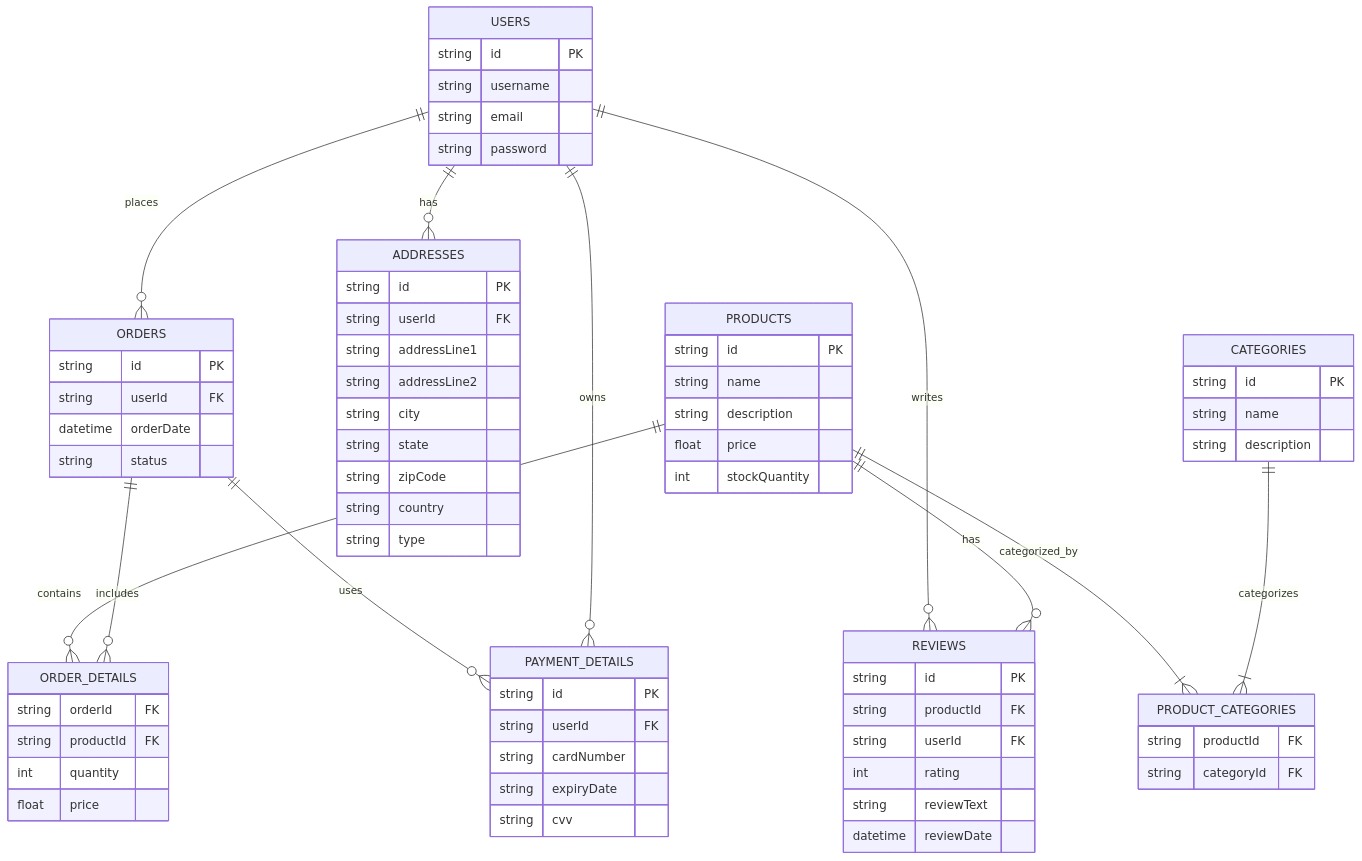
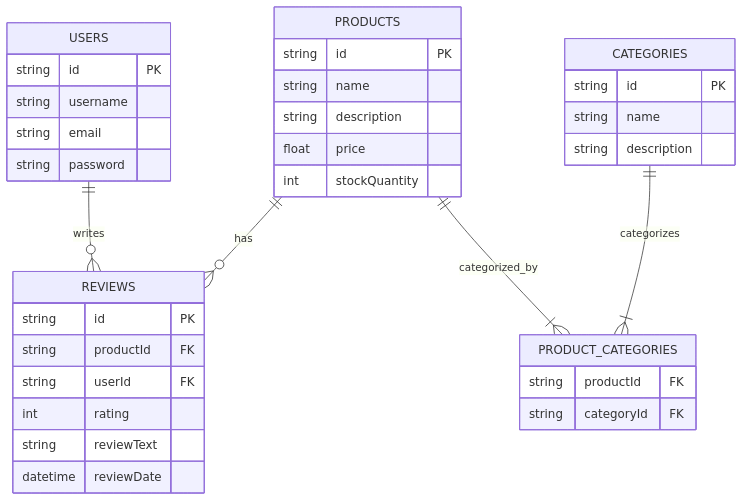
One commit to corndel-swe/js-nozama-woodde-ubs changed the diagram in README.md. Above: the diagram before and after it, drawn with Mermaid. The commit also changed other lines of this file and 18 other files, not shown here.

````diff
--- a/README.md
+++ b/README.md
@@ -1,82 +66,42 @@
 ```mermaid
 erDiagram
-    USERS ||--o{ ORDERS : places
     USERS ||--o{ REVIEWS : writes
-    USERS ||--o{ ADDRESSES : has
-    PRODUCTS ||--o{ ORDER_DETAILS : contains
     PRODUCTS ||--o{ REVIEWS : has
     PRODUCTS ||--|{ PRODUCT_CATEGORIES : categorized_by
     CATEGORIES ||--|{ PRODUCT_CATEGORIES : categorizes
-    ORDERS ||--o{ ORDER_DETAILS : includes
-    ORDERS ||--o{ PAYMENT_DETAILS : uses
-    USERS ||--o{ PAYMENT_DETAILS : owns
 
     USERS {
         string id PK
         string username
         string email
         string password
     }
 
     PRODUCTS {
         string id PK
         string name
         string description
         float price
         int stockQuantity
     }
 
     CATEGORIES {
         string id PK
         string name
         string description
     }
 
     PRODUCT_CATEGORIES {
         string productId FK
         string categoryId FK
     }
 
-    ORDERS {
-        string id PK
-        string userId FK
-        datetime orderDate
-        string status
-    }
-
-    ORDER_DETAILS {
-        string orderId FK
-        string productId FK
-        int quantity
-        float price
-    }
-
     REVIEWS {
         string id PK
         string productId FK
         string userId FK
         int rating
         string reviewText
         datetime reviewDate
     }
-
-    ADDRESSES {
-        string id PK
-        string userId FK
-        string addressLine1
-        string addressLine2
-        string city
-        string state
-        string zipCode
-        string country
-        string type
-    }
-
-    PAYMENT_DETAILS {
-        string id PK
-        string userId FK
-        string cardNumber
-        string expiryDate
-        string cvv
-    }
 ```
````
